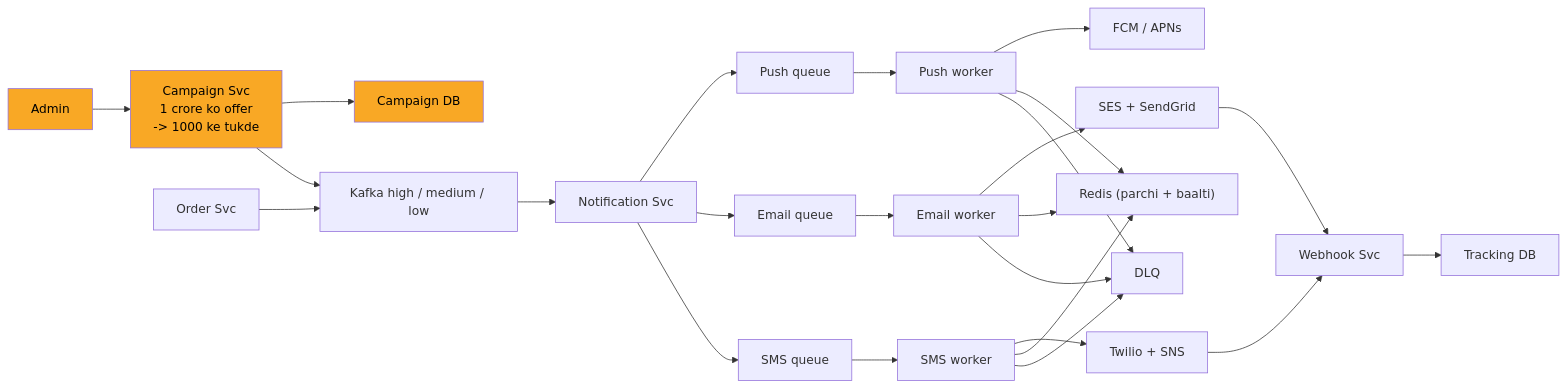
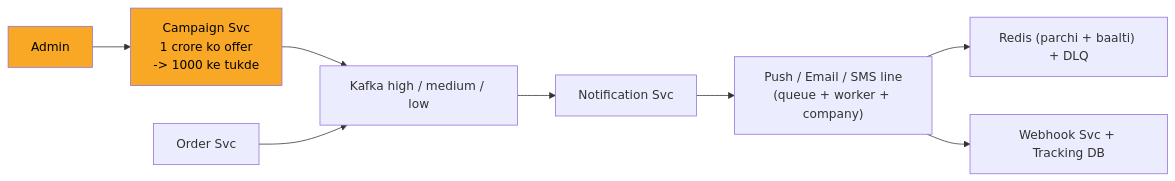
Before and after one commit to ArpanMaheshwari144/Prep: diagram 11 of 13 in 04_HLD/SYSTEM_DESIGNS/04_notification_system/04_notification_system.md, drawn with Mermaid. The commit also changed other lines of this file and 11 other files, not shown here.

Commit message:
hld: card diagrams max 8 boxes (App x N, merged stores/chains; full diagram only in AAKHRI DABBA)

````diff
--- a/04_HLD/SYSTEM_DESIGNS/04_notification_system/04_notification_system.md
+++ b/04_HLD/SYSTEM_DESIGNS/04_notification_system/04_notification_system.md
@@ -545,48 +400,20 @@
 ```mermaid
 flowchart LR
     n_Admin["Admin"]
-    n_Campaign_Svc["Campaign Svc<br/>1 crore ko offer<br/>-> 1000 ke tukde"]
-    n_Campaign_DB["Campaign DB"]
+    n_CAMP["Campaign Svc<br/>1 crore ko offer<br/>-> 1000 ke tukde"]
     n_Order_Svc["Order Svc"]
     n_Kafka["Kafka high / medium / low"]
     n_Notification_Svc["Notification Svc"]
-    n_Push_queue["Push queue"]
-    n_Push_worker["Push worker"]
-    n_FCM_APNs["FCM / APNs"]
-    n_Email_queue["Email queue"]
-    n_Email_worker["Email worker"]
-    n_SES["SES + SendGrid"]
-    n_SMS_queue["SMS queue"]
-    n_SMS_worker["SMS worker"]
-    n_Twilio["Twilio + SNS"]
-    n_Redis["Redis (parchi + baalti)"]
-    n_DLQ["DLQ"]
-    n_Webhook_Svc["Webhook Svc"]
-    n_Tracking_DB["Tracking DB"]
-    n_Admin --> n_Campaign_Svc
-    n_Campaign_Svc --> n_Campaign_DB
-    n_Campaign_Svc --> n_Kafka
+    n_LINES["Push / Email / SMS line<br/>(queue + worker + company)"]
+    n_RDLQ["Redis (parchi + baalti) + DLQ"]
+    n_WH["Webhook Svc + Tracking DB"]
+    n_Admin --> n_CAMP
+    n_CAMP --> n_Kafka
     n_Order_Svc --> n_Kafka
     n_Kafka --> n_Notification_Svc
-    n_Notification_Svc --> n_Push_queue
-    n_Notification_Svc --> n_Email_queue
-    n_Notification_Svc --> n_SMS_queue
-    n_Push_queue --> n_Push_worker
-    n_Push_worker --> n_FCM_APNs
-    n_Email_queue --> n_Email_worker
-    n_Email_worker --> n_SES
-    n_SMS_queue --> n_SMS_worker
-    n_SMS_worker --> n_Twilio
-    n_Push_worker --> n_Redis
-    n_Email_worker --> n_Redis
-    n_SMS_worker --> n_Redis
-    n_Push_worker --> n_DLQ
-    n_Email_worker --> n_DLQ
-    n_SMS_worker --> n_DLQ
-    n_SES --> n_Webhook_Svc
-    n_Twilio --> n_Webhook_Svc
-    n_Webhook_Svc --> n_Tracking_DB
+    n_Notification_Svc --> n_LINES
+    n_LINES --> n_RDLQ
+    n_LINES --> n_WH
     style n_Admin fill:#f9a825,color:#000
-    style n_Campaign_Svc fill:#f9a825,color:#000
-    style n_Campaign_DB fill:#f9a825,color:#000
+    style n_CAMP fill:#f9a825,color:#000
 ```
````
